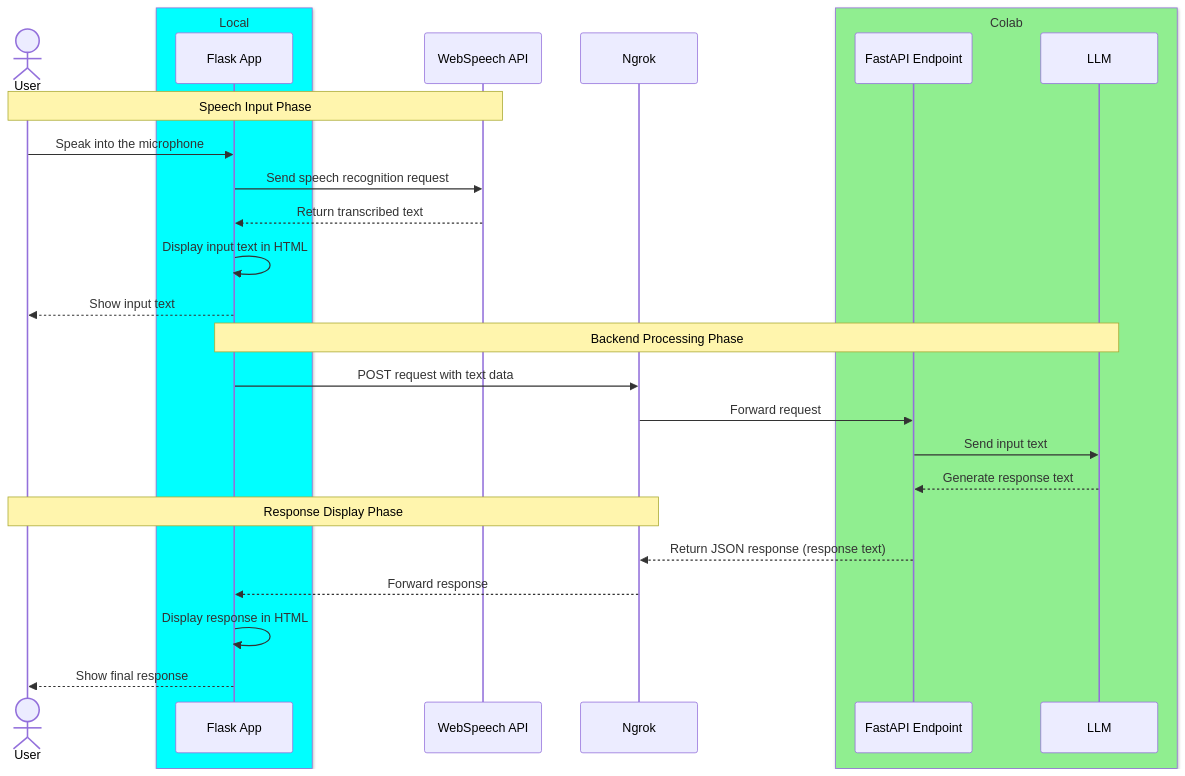
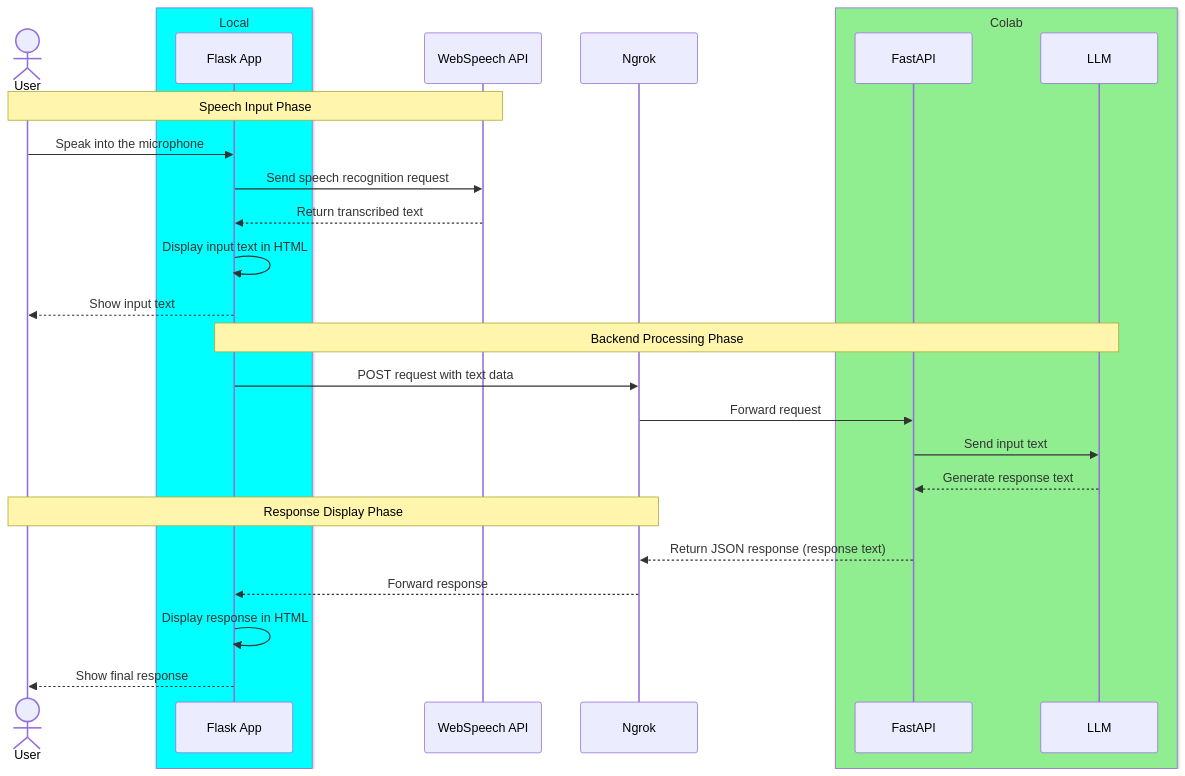
Before and after one commit to kenta-hirahara/Speech-Recognition: the diagram in README.md, drawn with Mermaid.

````diff
--- a/README.md
+++ b/README.md
@@ -18,32 +18,32 @@
 ```mermaid
 sequenceDiagram
     actor User
     box cyan Local
     participant Flask as Flask App
     end
     participant WebSpeech as WebSpeech API
     participant Ngrok as Ngrok
     box lightgreen Colab
-    participant FastAPI as FastAPI Endpoint
+    participant FastAPI as FastAPI
     participant LLM as LLM
     end
 
     Note over User,WebSpeech: Speech Input Phase
     User->>Flask: Speak into the microphone
     Flask->>WebSpeech: Send speech recognition request
     WebSpeech-->>Flask: Return transcribed text
     Flask->>Flask: Display input text in HTML
     Flask-->>User: Show input text
 
     Note over Flask,LLM: Backend Processing Phase
     Flask->>Ngrok: POST request with text data
     Ngrok->>FastAPI: Forward request
     FastAPI->>LLM: Send input text
     LLM-->>FastAPI: Generate response text
 
     Note over Ngrok,User: Response Display Phase
     FastAPI-->>Ngrok: Return JSON response (response text)
     Ngrok-->>Flask: Forward response
     Flask->>Flask: Display response in HTML
     Flask-->>User: Show final response
 ```
````
